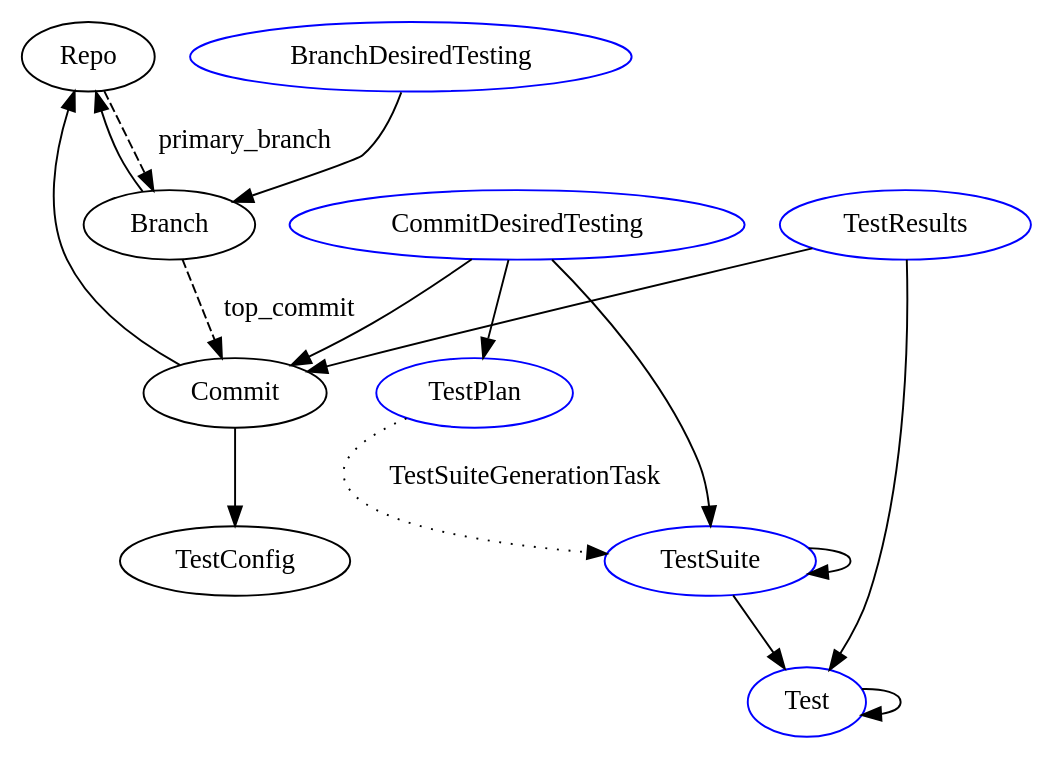
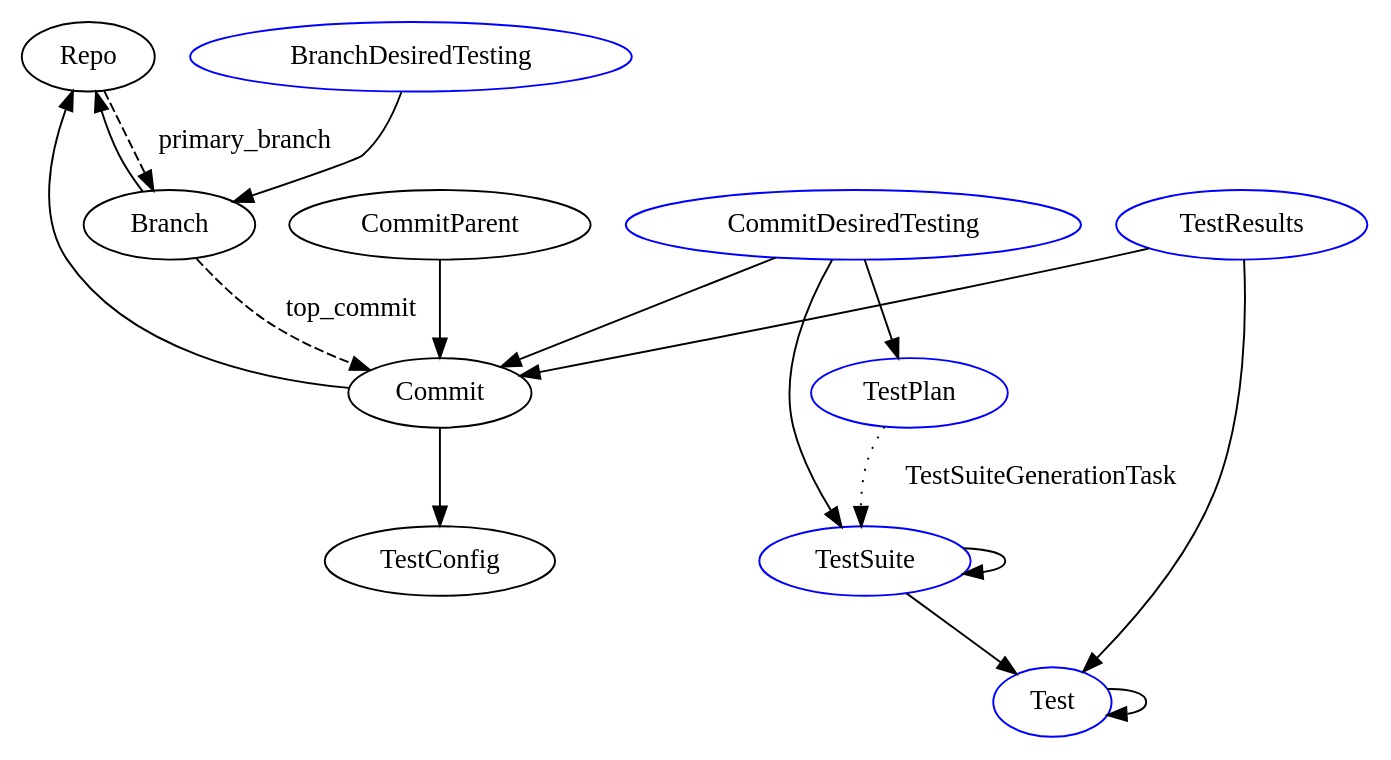
The diagram in docs/specs/schema.gv (APrioriInvestments/test-looper), drawn with Graphviz before and after one commit. The commit also changed 1 other file, not shown here.

Commit message:
test_schema: some clarity around Test and TestSuite parent relationship
wip

```diff
--- a/docs/specs/schema.gv
+++ b/docs/specs/schema.gv
@@ -1,70 +1,71 @@
 digraph G {
 	graph [layout=dot rankdir=TB]
 
 // This is just an example for you to use as a template.
 // Edit as you like. Whenever you save a legal graph
 // the layout in the graphviz window will be updated.
 
     // Repo Schema ODB Types
     node [color=black, shape=oval]
 	Repo
 
     Branch
     Commit
     TestConfig
-
+    CommitParent
     // node [color=black, shape=box]
     // RepoConfig
 
     // Repo Schema Edges
 	//Repo -> RepoConfig
 
     Branch -> Repo
     Repo -> Branch [label=primary_branch style=dashed]
 
     Commit -> Repo
     Commit -> TestConfig
     Branch -> Commit [label=top_commit style=dashed]
+    CommitParent -> Commit
 
     // Test Schema ODB Types
     node [color=blue, shape=oval]
     BranchDesiredTesting
     CommitDesiredTesting
     TestPlan
     TestSuite
     Test
 
     TestResults
 
     // Test Schema Auxiliary Types
     // node [color=blue, shape=box]
     // TestFilter
     // TestConfiguration
     // Outcome
     // StageResult
     // TestRunResult
 
     // Test Schema Edges
     //TestConfiguration -> TestFilter
     BranchDesiredTesting -> Branch
     //BranchDesiredTesting -> TestConfiguration
 
     CommitDesiredTesting -> Commit
     CommitDesiredTesting -> TestPlan
     CommitDesiredTesting -> TestSuite
     //CommitDesiredTesting -> TestConfiguration
 
     TestSuite -> TestSuite
     TestSuite -> Test
 
     Test -> Test
 
     TestResults -> Test
     TestResults -> Commit
     //TestResults -> TestRunResult
 
     //TestRunResult -> Outcome
     //TestRunResult -> StageResult -> Outcome
 
    TestPlan -> TestSuite [label=TestSuiteGenerationTask, style=dotted]
 }
```
